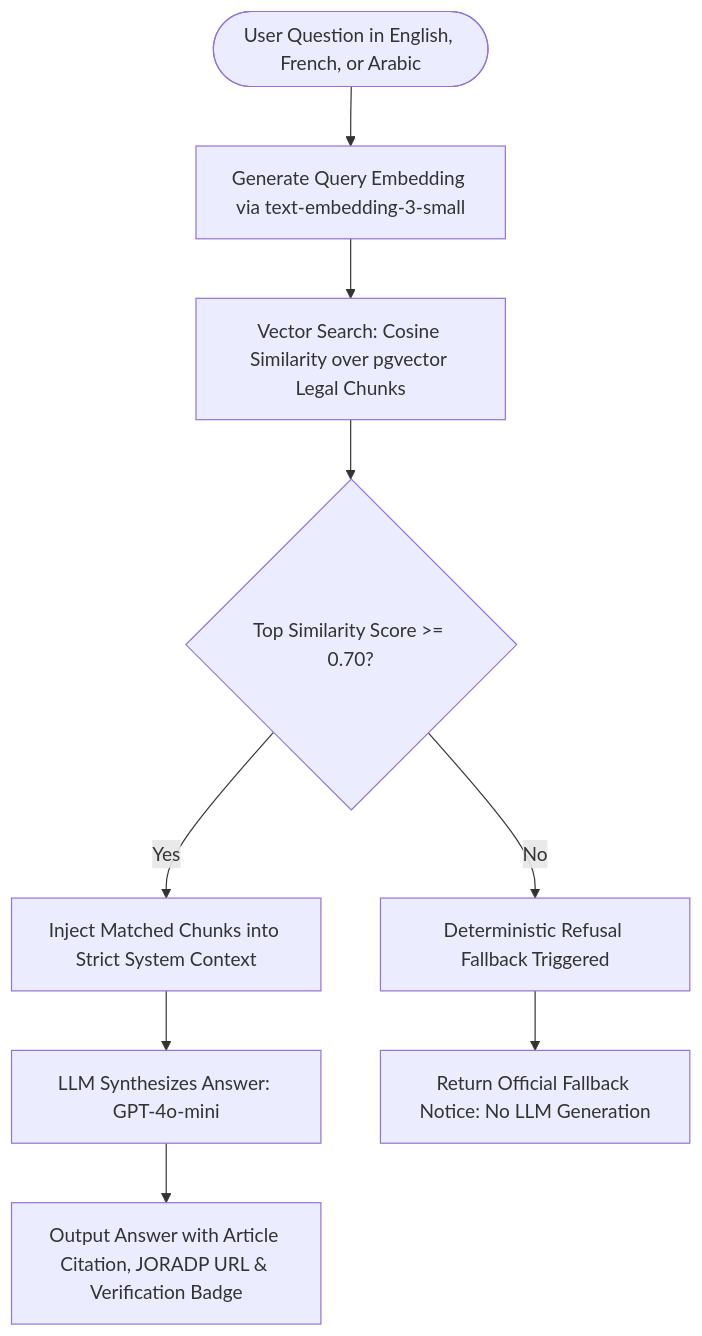
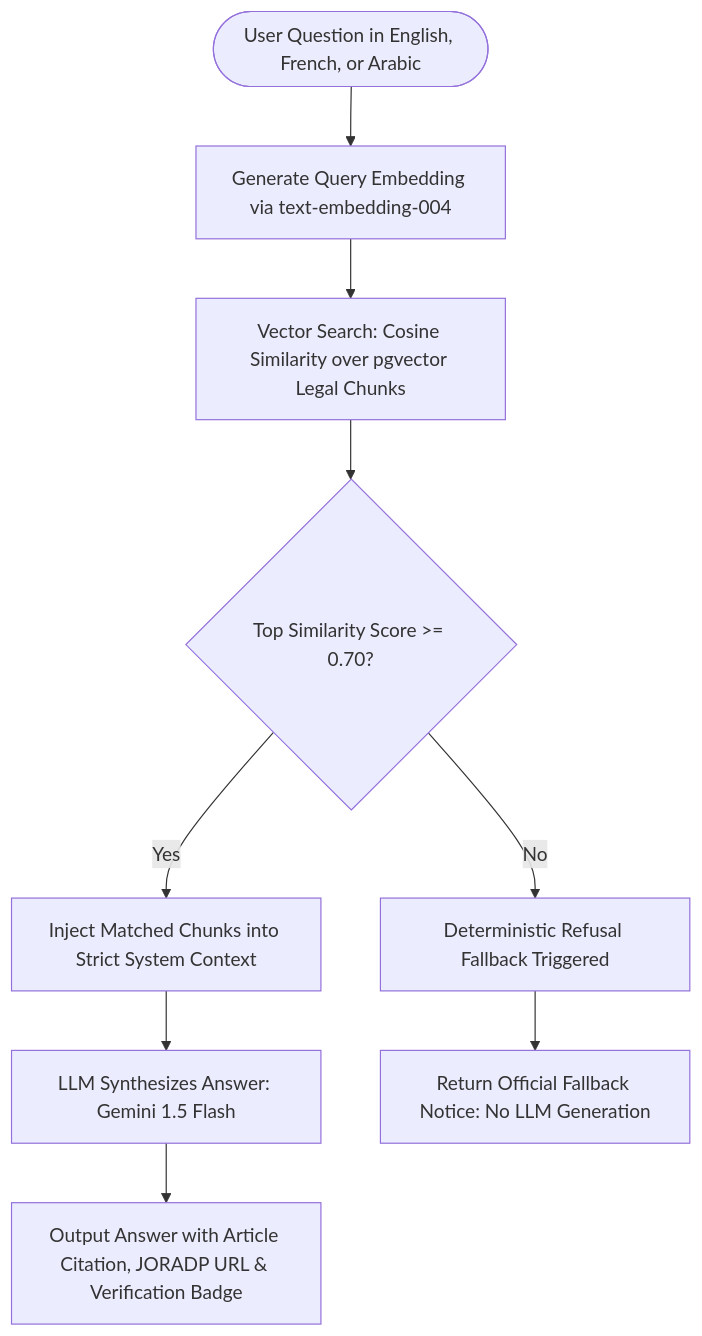
One commit to AYA-BACHA/MoukawilOS changed the sixth of 7 diagrams in README.md. Above: the diagram before and after it, drawn with Mermaid. The commit also changed other lines of this file and 2 other files, not shown here.

Commit message:
docs: update README with Gemini API, softened AI claims, project status, and team credits

````diff
--- a/README.md
+++ b/README.md
@@ -398,13 +398,13 @@
 ```mermaid
 flowchart TD
-    Q([User Question in English, French, or Arabic]) --> E[Generate Query Embedding via text-embedding-3-small]
+    Q([User Question in English, French, or Arabic]) --> E[Generate Query Embedding via text-embedding-004]
     E --> V[Vector Search: Cosine Similarity over pgvector Legal Chunks]
     V --> S{Top Similarity Score >= 0.70?}
     
     S -- Yes --> C[Inject Matched Chunks into Strict System Context]
-    C --> G[LLM Synthesizes Answer: GPT-4o-mini]
+    C --> G[LLM Synthesizes Answer: Gemini 1.5 Flash]
     G --> A[Output Answer with Article Citation, JORADP URL & Verification Badge]
     
     S -- No --> F[Deterministic Refusal Fallback Triggered]
     F --> R[Return Official Fallback Notice: No LLM Generation]
 ```
````
